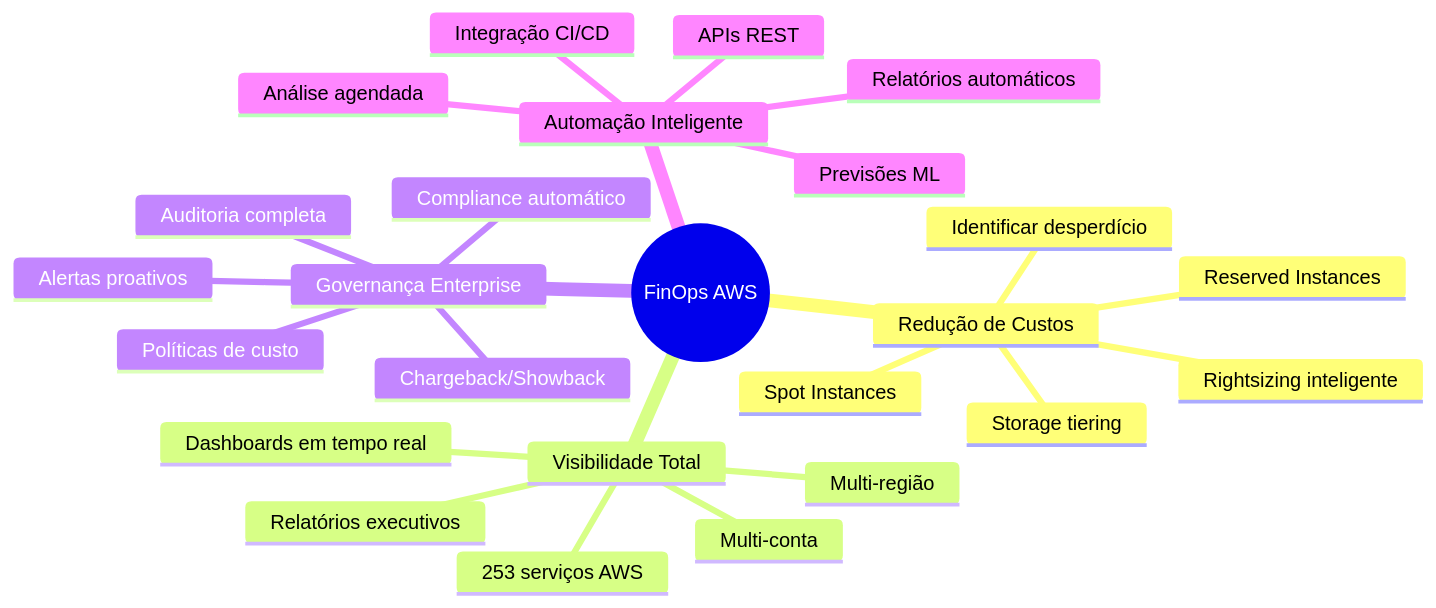
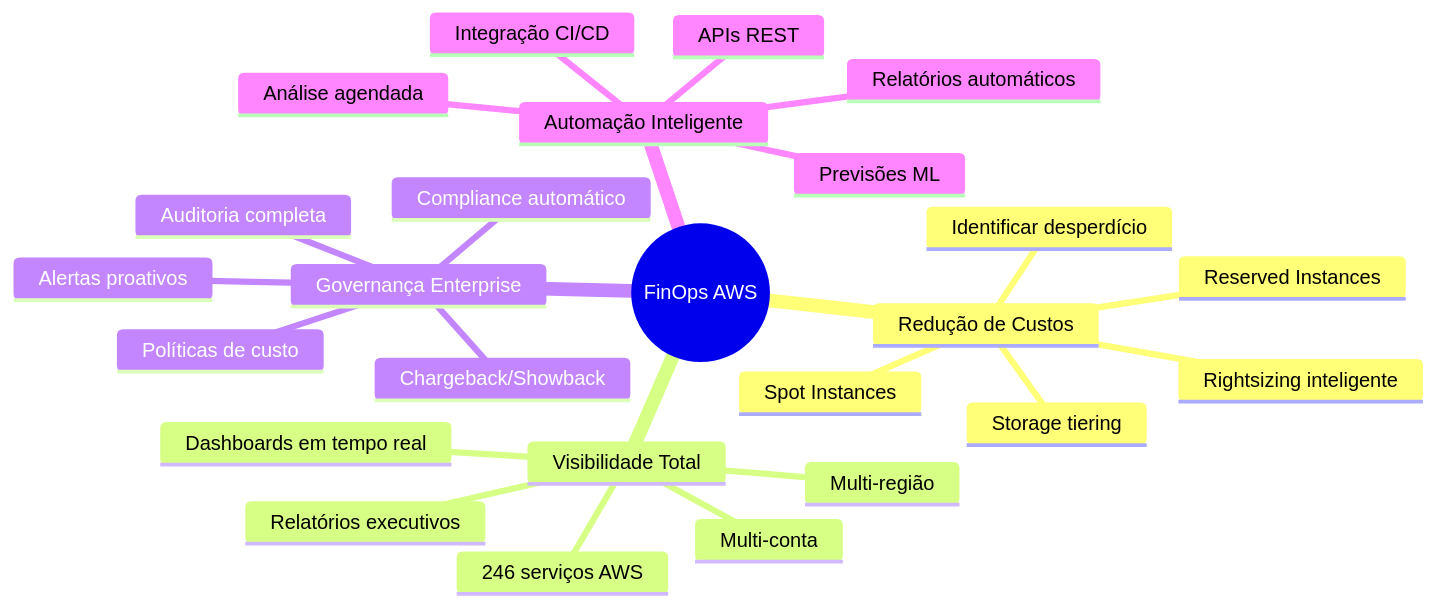
One commit to FELIPEACASTRO/finops-aws-bdr changed the first of 13 diagrams in docs/FUNCTIONAL_GUIDE.md. Above: the diagram before and after it, drawn with Mermaid. The commit also changed other lines of this file and 11 other files, not shown here.

````diff
--- a/docs/FUNCTIONAL_GUIDE.md
+++ b/docs/FUNCTIONAL_GUIDE.md
@@ -48,28 +53,28 @@
 ```mermaid
 mindmap
   root((FinOps AWS))
     Redução de Custos
       Identificar desperdício
       Rightsizing inteligente
       Reserved Instances
       Spot Instances
       Storage tiering
     Visibilidade Total
-      253 serviços AWS
+      246 serviços AWS
       Multi-conta
       Multi-região
       Dashboards em tempo real
       Relatórios executivos
     Governança Enterprise
       Políticas de custo
       Alertas proativos
       Compliance automático
       Auditoria completa
       Chargeback/Showback
     Automação Inteligente
       Análise agendada
       Relatórios automáticos
       Integração CI/CD
       APIs REST
       Previsões ML
 ```
````
